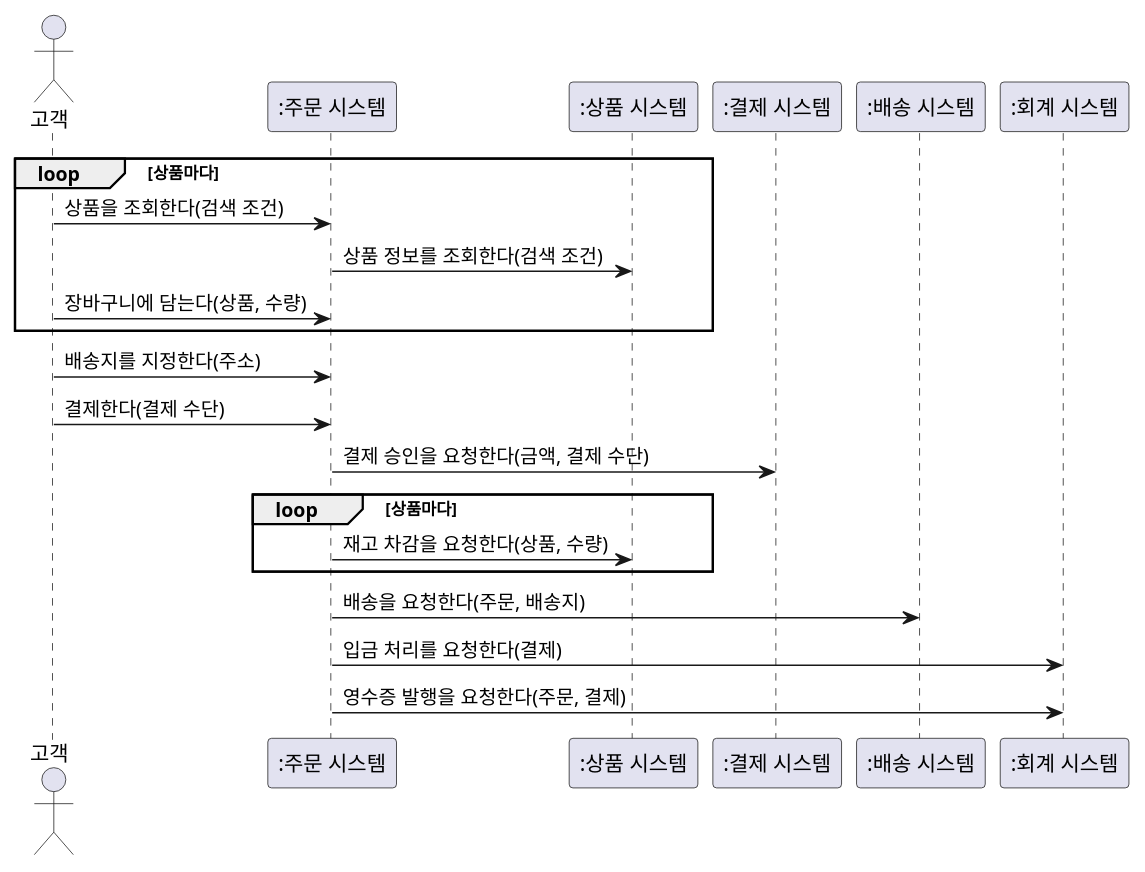
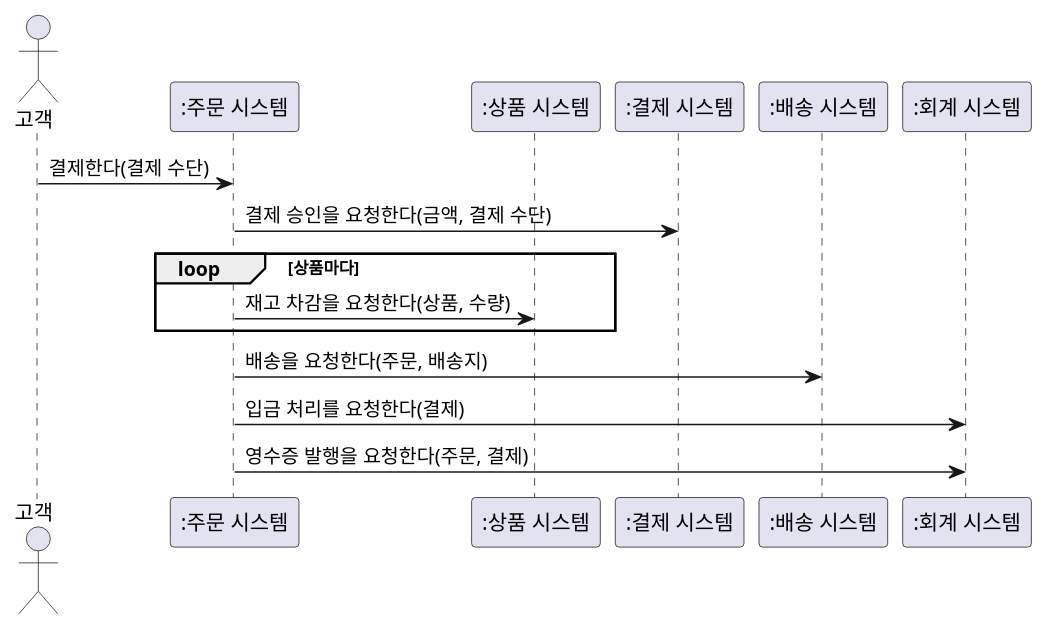
The second of 20 diagrams in courses/ooad/sessions/s04.md (YoungSan77/TrainingMaterials), drawn with PlantUML before and after one commit. The commit also changed other lines of this file and 9 other files, not shown here.

````diff
--- a/courses/ooad/sessions/s04.md
+++ b/courses/ooad/sessions/s04.md
@@ -184,24 +180,18 @@
 ```plantuml:sequence
 @startuml
 actor "고객" as C
 participant ":주문 시스템" as S
 participant ":상품 시스템" as G
 participant ":결제 시스템" as P
 participant ":배송 시스템" as D
 participant ":회계 시스템" as A
-loop 상품마다
-  C -> S : 상품을 조회한다(검색 조건)
-  S -> G : 상품 정보를 조회한다(검색 조건)
-  C -> S : 장바구니에 담는다(상품, 수량)
-end
-C -> S : 배송지를 지정한다(주소)
 C -> S : 결제한다(결제 수단)
 S -> P : 결제 승인을 요청한다(금액, 결제 수단)
 loop 상품마다
   S -> G : 재고 차감을 요청한다(상품, 수량)
 end
 S -> D : 배송을 요청한다(주문, 배송지)
 S -> A : 입금 처리를 요청한다(결제)
 S -> A : 영수증 발행을 요청한다(주문, 결제)
 @enduml
 ```
````
